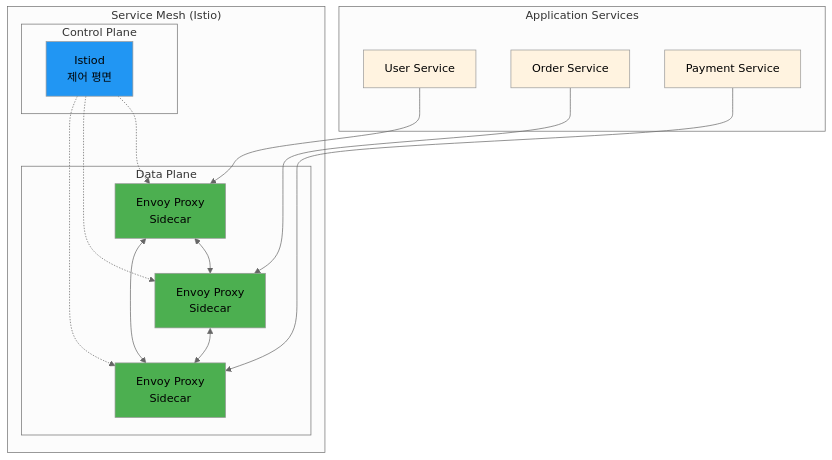
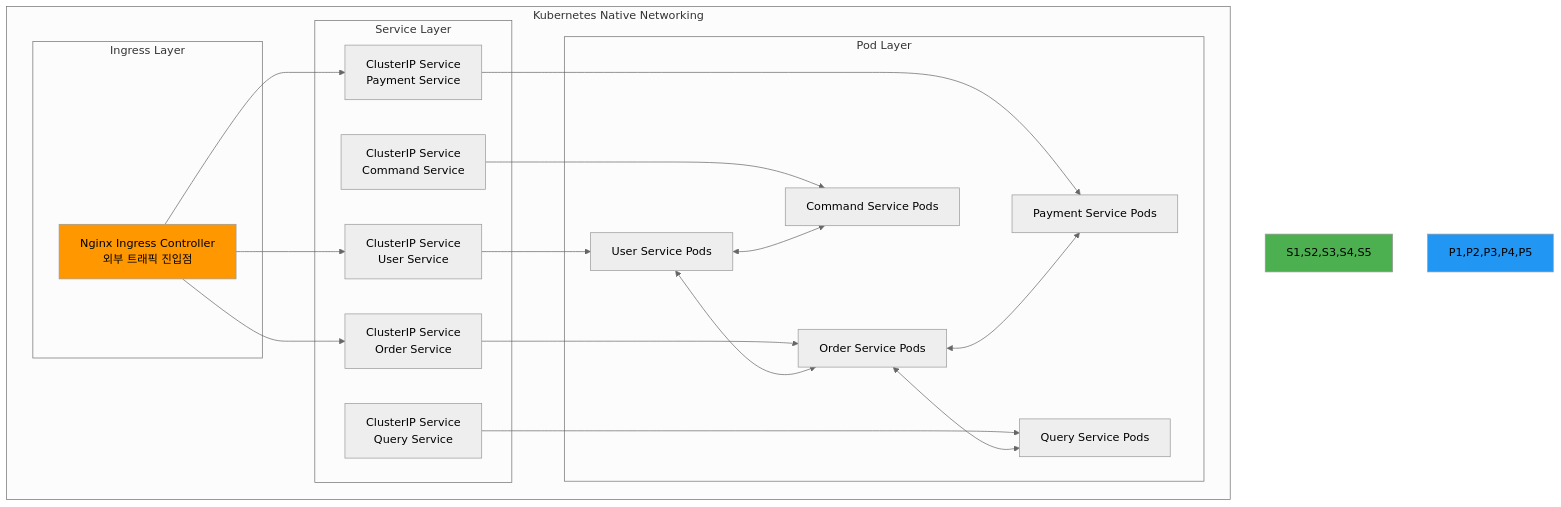
One commit to niceguy61/kdt_devops_lecture_2025 changed the second of 2 diagrams in theory/week_04/day1/handson_1.md. Above: the diagram before and after it, drawn with Mermaid (neutral theme). The commit also changed other lines of this file and 2 other files, not shown here.

````diff
--- a/theory/week_04/day1/handson_1.md
+++ b/theory/week_04/day1/handson_1.md
@@ -152,36 +140,43 @@
 ```mermaid
 graph TB
-    subgraph "Service Mesh (Istio)"
-        subgraph "Data Plane"
-            P1[Envoy Proxy<br/>Sidecar]
-            P2[Envoy Proxy<br/>Sidecar]
-            P3[Envoy Proxy<br/>Sidecar]
+    subgraph "Kubernetes Native Networking"
+        subgraph "Ingress Layer"
+            ING[Nginx Ingress Controller<br/>외부 트래픽 진입점]
         end
         
-        subgraph "Control Plane"
-            ISTIOD[Istiod<br/>제어 평면]
+        subgraph "Service Layer"
+            S1[ClusterIP Service<br/>User Service]
+            S2[ClusterIP Service<br/>Order Service]
+            S3[ClusterIP Service<br/>Payment Service]
+            S4[ClusterIP Service<br/>Command Service]
+            S5[ClusterIP Service<br/>Query Service]
+        end
+        
+        subgraph "Pod Layer"
+            P1[User Service Pods]
+            P2[Order Service Pods]
+            P3[Payment Service Pods]
+            P4[Command Service Pods]
+            P5[Query Service Pods]
         end
     end
     
-    subgraph "Application Services"
-        S1[User Service] --> P1
-        S2[Order Service] --> P2
-        S3[Payment Service] --> P3
-    end
+    ING --> S1
+    ING --> S2
+    ING --> S3
     
-    ISTIOD -.-> P1
-    ISTIOD -.-> P2
-    ISTIOD -.-> P3
+    S1 --> P1
+    S2 --> P2
+    S3 --> P3
+    S4 --> P4
+    S5 --> P5
     
     P1 <--> P2
     P2 <--> P3
-    P1 <--> P3
+    P1 <--> P4
+    P2 <--> P5
     
-    style P1 fill:#4caf50
-    style P2 fill:#4caf50
-    style P3 fill:#4caf50
-    style ISTIOD fill:#2196f3
-    style S1 fill:#fff3e0
-    style S2 fill:#fff3e0
-    style S3 fill:#fff3e0
+    style ING fill:#ff9800
+    style S1,S2,S3,S4,S5 fill:#4caf50
+    style P1,P2,P3,P4,P5 fill:#2196f3
 ```
````
